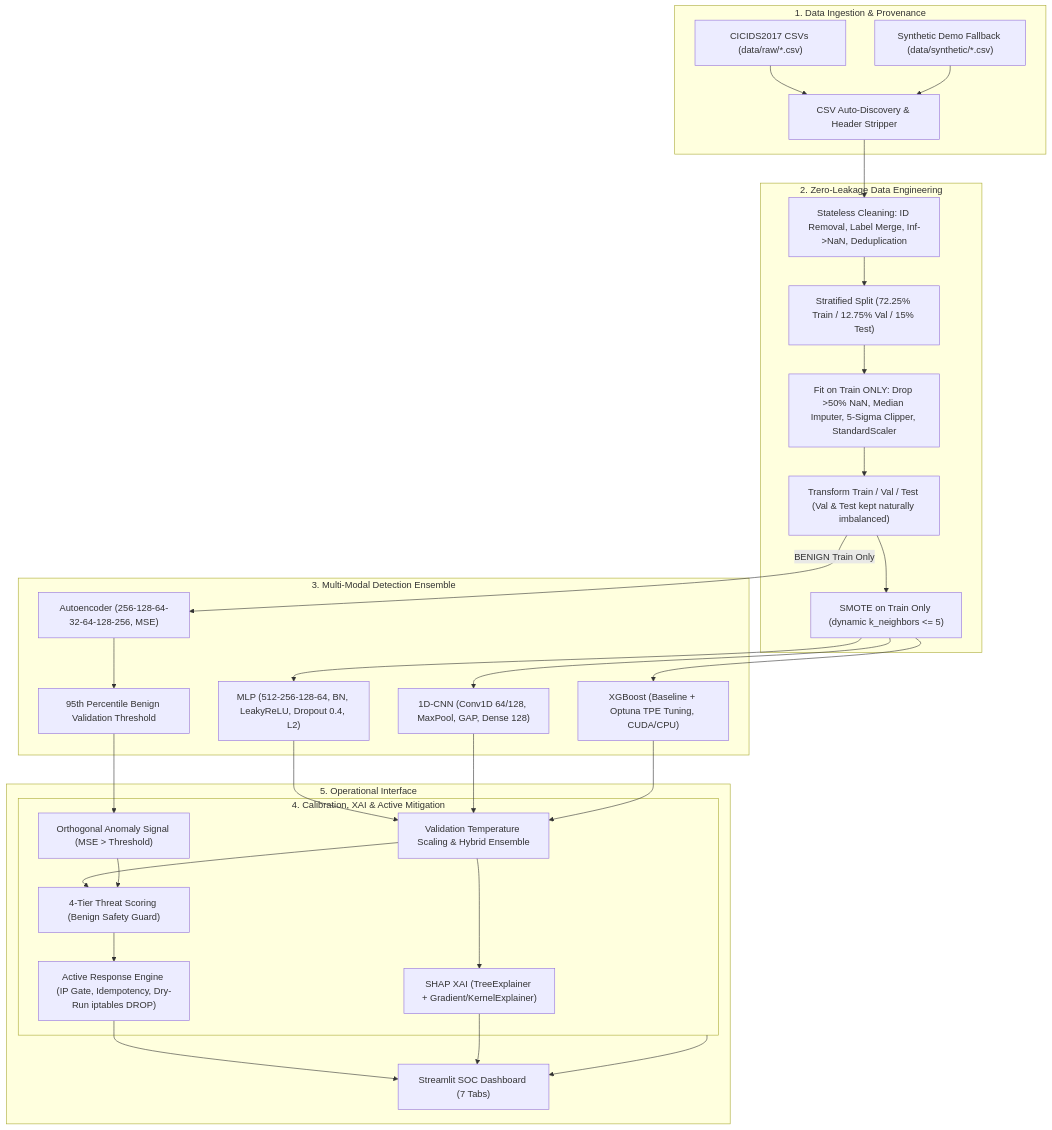
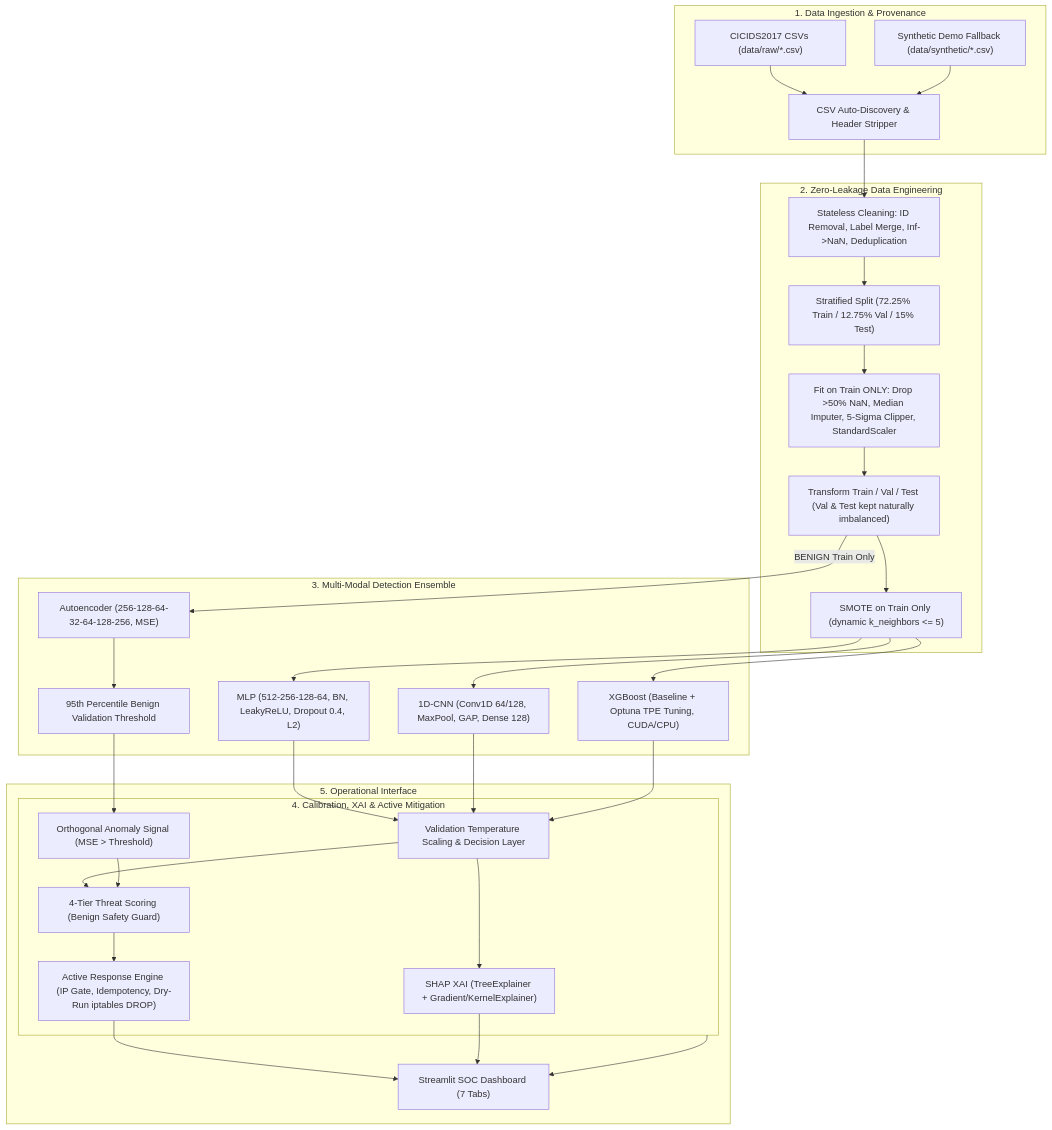
One commit to nhahub/NHA-5-211 changed the first of 2 diagrams in docs/architecture.md. Above: the diagram before and after it, drawn with Mermaid. The commit also changed 15 other files, not shown here.

````diff
--- a/docs/architecture.md
+++ b/docs/architecture.md
@@ -5,37 +5,37 @@
 ```mermaid
 flowchart TB
     subgraph Ingestion["1. Data Ingestion & Provenance"]
         RAW["CICIDS2017 CSVs (data/raw/*.csv)"]
         SYN["Synthetic Demo Fallback (data/synthetic/*.csv)"]
         RAW --> LOADER["CSV Auto-Discovery & Header Stripper"]
         SYN --> LOADER
     end
 
     subgraph Cleaning["2. Zero-Leakage Data Engineering"]
         LOADER --> STATELESS["Stateless Cleaning: ID Removal, Label Merge, Inf->NaN, Deduplication"]
         STATELESS --> SPLIT["Stratified Split (72.25% Train / 12.75% Val / 15% Test)"]
         SPLIT --> FIT["Fit on Train ONLY: Drop >50% NaN, Median Imputer, 5-Sigma Clipper, StandardScaler"]
         FIT --> TRANSFORM["Transform Train / Val / Test (Val & Test kept naturally imbalanced)"]
         TRANSFORM --> SMOTE["SMOTE on Train Only (dynamic k_neighbors <= 5)"]
     end
 
     subgraph Ensemble["3. Multi-Modal Detection Ensemble"]
         SMOTE --> MLP["MLP (512-256-128-64, BN, LeakyReLU, Dropout 0.4, L2)"]
         SMOTE --> CNN["1D-CNN (Conv1D 64/128, MaxPool, GAP, Dense 128)"]
         SMOTE --> XGB["XGBoost (Baseline + Optuna TPE Tuning, CUDA/CPU)"]
         TRANSFORM -->|BENIGN Train Only| AE["Autoencoder (256-128-64-32-64-128-256, MSE)"]
         AE --> THRESH["95th Percentile Benign Validation Threshold"]
     end
 
     subgraph Hybrid["4. Calibration, XAI & Active Mitigation"]
-        MLP & CNN & XGB --> CAL["Validation Temperature Scaling & Hybrid Ensemble"]
+        MLP & CNN & XGB --> CAL["Validation Temperature Scaling & Decision Layer"]
         THRESH --> ANOM["Orthogonal Anomaly Signal (MSE > Threshold)"]
         CAL & ANOM --> SCORING["4-Tier Threat Scoring (Benign Safety Guard)"]
         CAL --> SHAP["SHAP XAI (TreeExplainer + Gradient/KernelExplainer)"]
         SCORING --> RESP["Active Response Engine (IP Gate, Idempotency, Dry-Run iptables DROP)"]
     end
 
     subgraph SOC["5. Operational Interface"]
         RESP & SHAP & Hybrid --> DASH["Streamlit SOC Dashboard (7 Tabs)"]
     end
 ```
````
